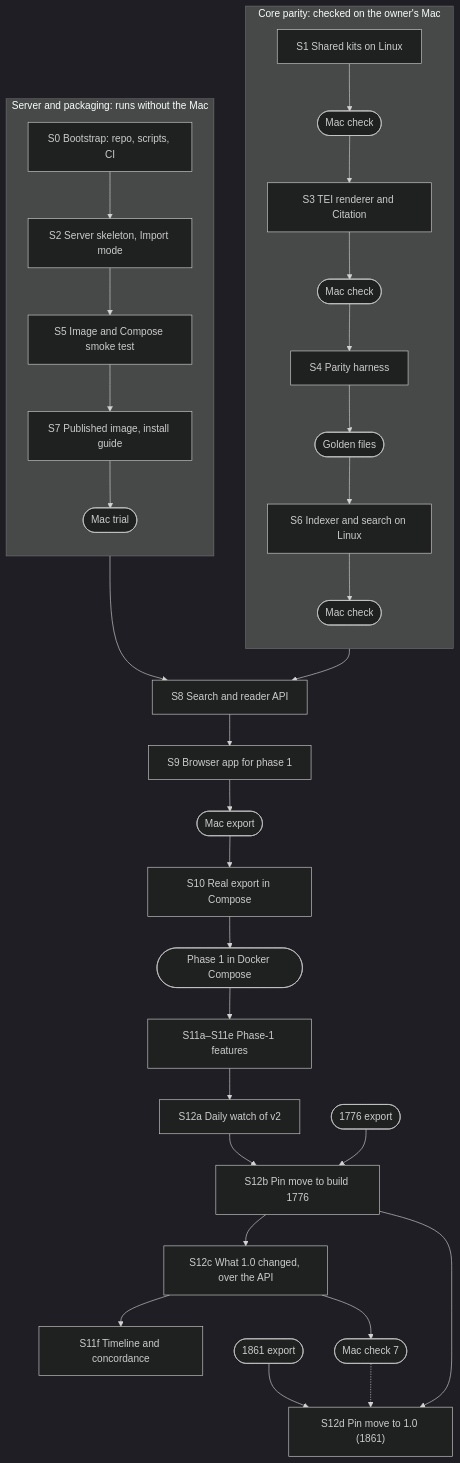
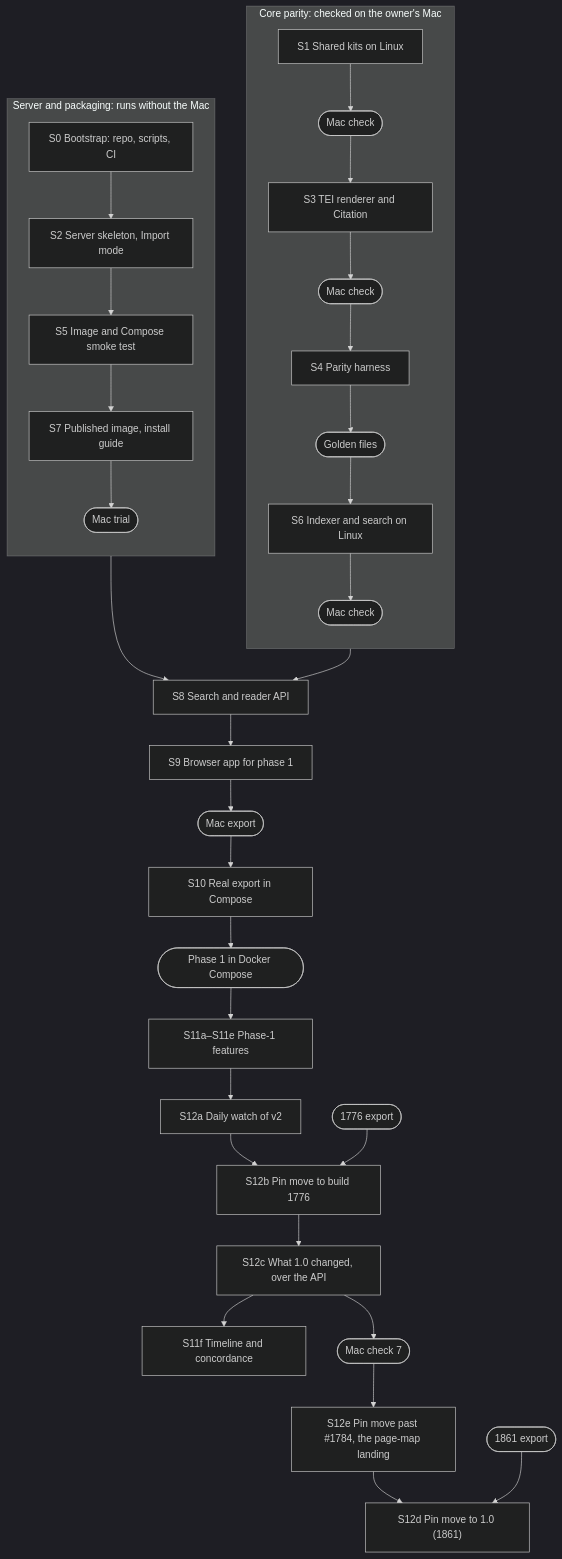
The diagram in docs/PLAN.md (joshbotts/FRUS-Explorer-Web-App), drawn with Mermaid (dark theme) before and after one commit. The commit also changed other lines of this file and 6 other files, not shown here.

````diff
--- a/docs/PLAN.md
+++ b/docs/PLAN.md
@@ -121,19 +121,19 @@
 ```mermaid
 flowchart TB
   subgraph core["Core parity: checked on the owner's Mac"]
     direction TB
     S1["S1 Shared kits on Linux"] --> G1(["Mac check"]) --> S3["S3 TEI renderer and Citation"] --> G2(["Mac check"]) --> S4["S4 Parity harness"] --> G3(["Golden files"]) --> S6["S6 Indexer and search on Linux"] --> G4(["Mac check"])
   end
   subgraph server["Server and packaging: runs without the Mac"]
     direction TB
     S0["S0 Bootstrap: repo, scripts, CI"] --> S2["S2 Server skeleton, Import mode"] --> S5["S5 Image and Compose smoke test"] --> S7["S7 Published image, install guide"] --> G5(["Mac trial"])
   end
   G4 --> S8["S8 Search and reader API"]
   G5 --> S8
   S8 --> S9["S9 Browser app for phase 1"] --> G6(["Mac export"]) --> S10["S10 Real export in Compose"] --> M(["Phase 1 in Docker Compose"])
   M --> S11["S11a–S11e Phase-1 features"] --> S12a["S12a Daily watch of v2"] --> S12b["S12b Pin move to build 1776"] --> S12c["S12c What 1.0 changed, over the API"] --> S11f["S11f Timeline and concordance"]
   G7(["1776 export"]) --> S12b
-  S12b --> S12d["S12d Pin move to 1.0 (1861)"]
+  S12c --> G9(["Mac check 7"]) --> S12e["S12e Pin move past #1784, the page-map landing"]
+  S12e --> S12d["S12d Pin move to 1.0 (1861)"]
   G8(["1861 export"]) --> S12d
-  S12c --> G9(["Mac check 7"]) -.-> S12d
 ```
````
